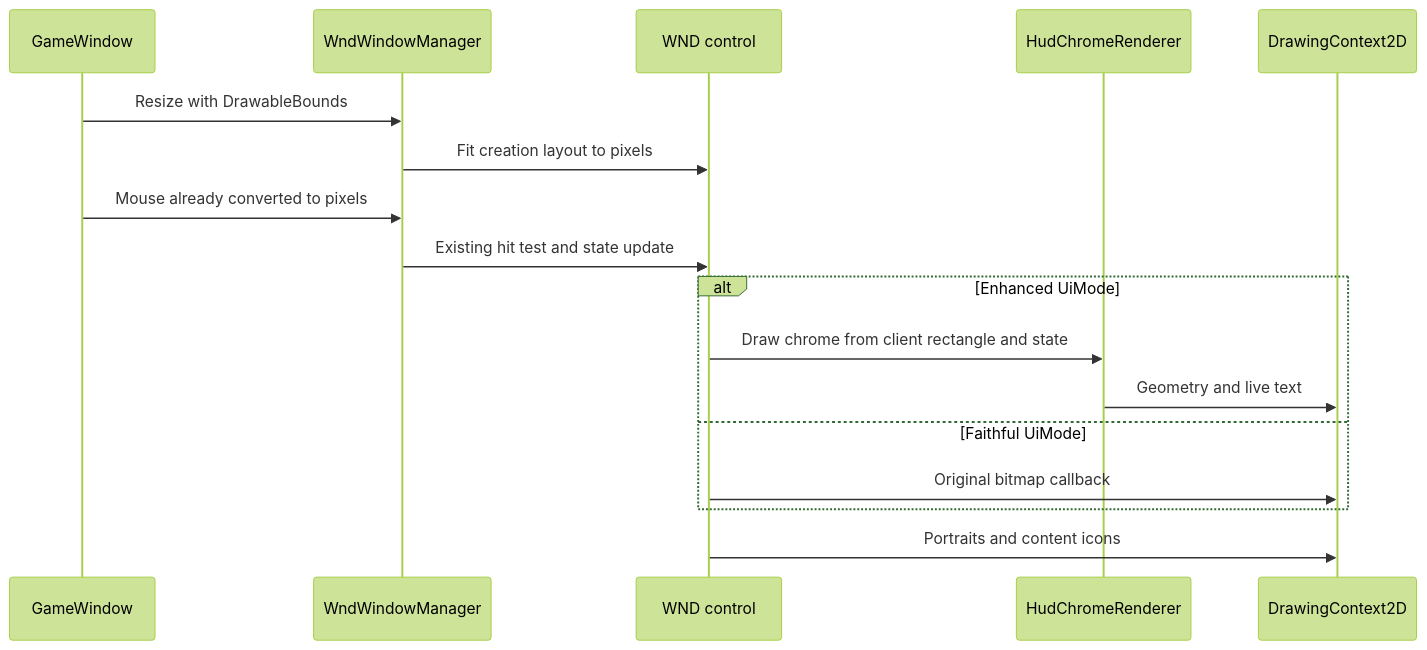
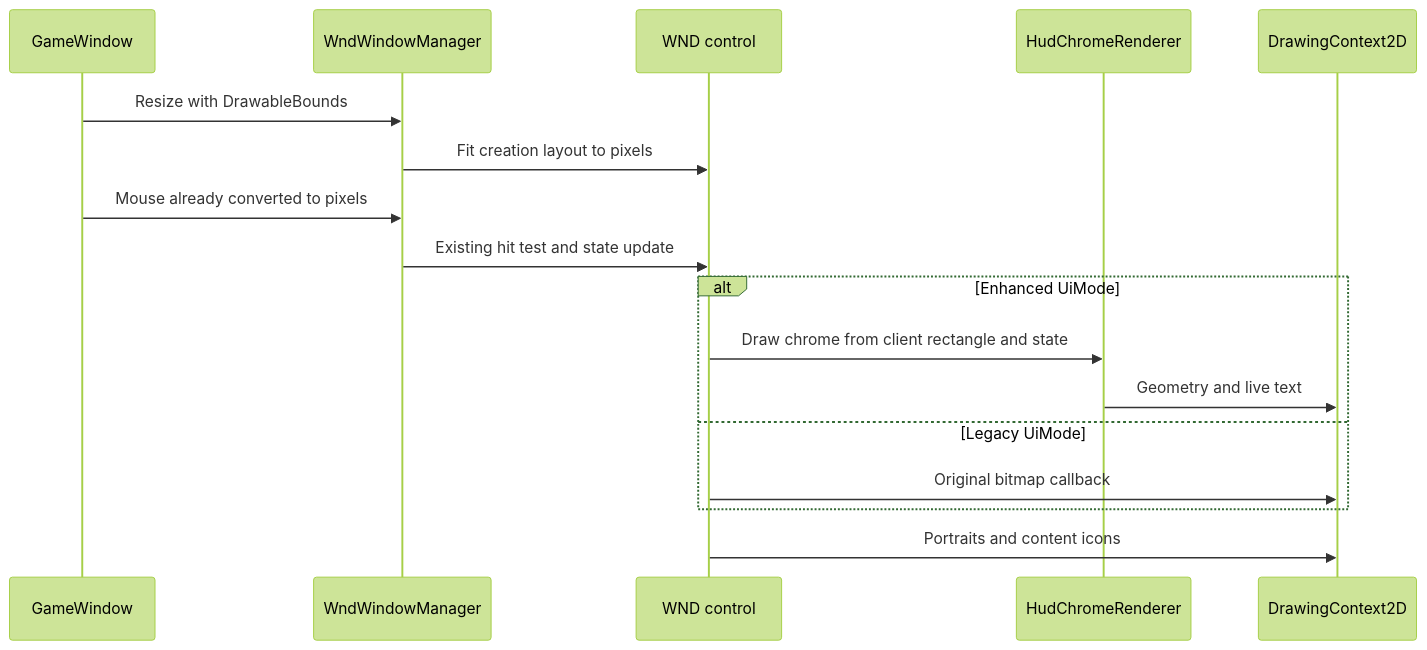
One commit to rmessinger/Panopticon changed the second of 2 diagrams in docs/roadmap/deep-dives/g9-resolution-independent-2d.md. Above: the diagram before and after it, drawn with Mermaid (forest theme). The commit also changed other lines of this file and 39 other files, not shown here.

Commit message:
feat(graphics): default to Enhanced preset and rename Faithful to Legacy

````diff
--- a/docs/roadmap/deep-dives/g9-resolution-independent-2d.md
+++ b/docs/roadmap/deep-dives/g9-resolution-independent-2d.md
@@ -89,19 +89,19 @@
 ```mermaid
 sequenceDiagram
   participant W as GameWindow
   participant M as WndWindowManager
   participant C as WND control
   participant H as HudChromeRenderer
   participant D as DrawingContext2D
   W->>M: Resize with DrawableBounds
   M->>C: Fit creation layout to pixels
   W->>M: Mouse already converted to pixels
   M->>C: Existing hit test and state update
   alt Enhanced UiMode
     C->>H: Draw chrome from client rectangle and state
     H->>D: Geometry and live text
-  else Faithful UiMode
+  else Legacy UiMode
     C->>D: Original bitmap callback
   end
   C->>D: Portraits and content icons
 ```
````
